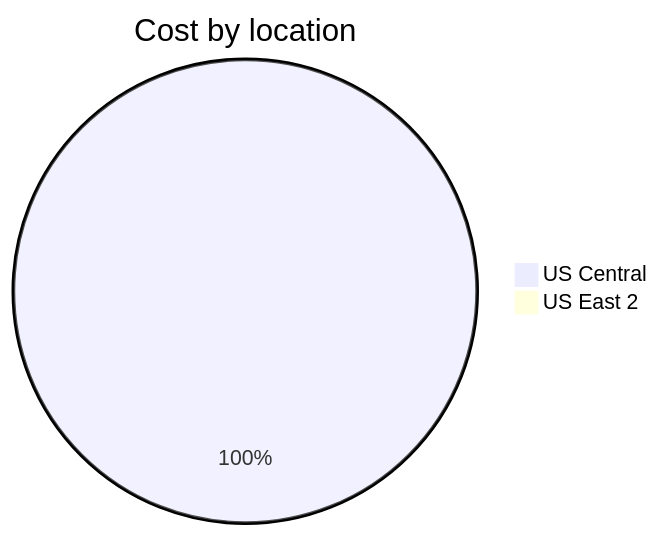
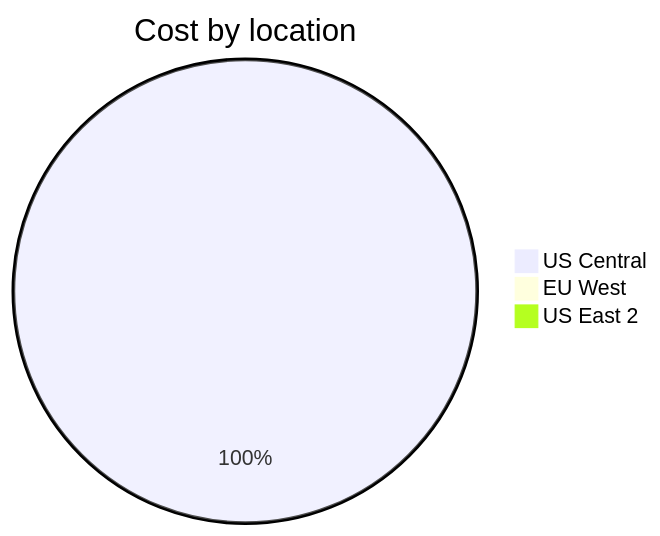
The third of 4 diagrams in cost-reports/personal-site/personal-site-preview.md (jpfulton/azure-personal-reports), drawn with Mermaid before and after one commit. The commit also changed other lines of this file and 6 other files, not shown here.

````diff
--- a/cost-reports/personal-site/personal-site-preview.md
+++ b/cost-reports/personal-site/personal-site-preview.md
@@ -108,6 +109,7 @@
 ```mermaid
 pie
    title Cost by location
-   "US Central" : 0.21
+   "US Central" : 0.49
+   "EU West" : 0.00
    "US East 2" : 0.00
 ```
````
